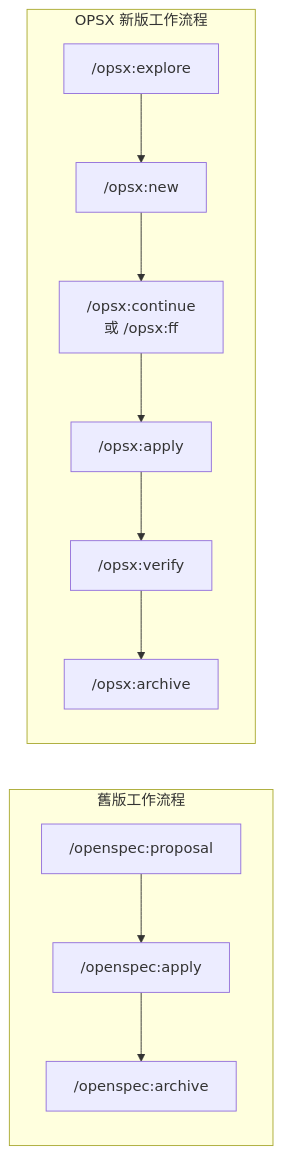
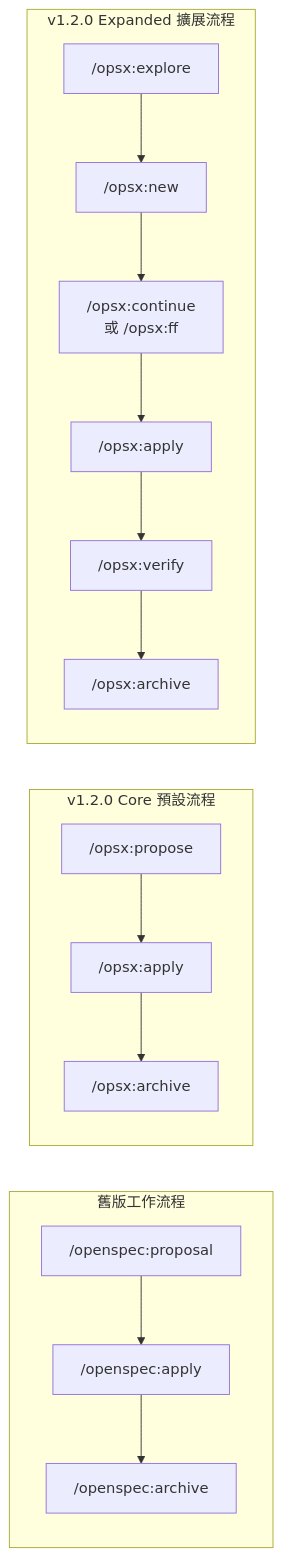
One commit to chihhung/Blog changed the seventh of 16 diagrams in content/posts/教學/AI開發/OpenSpec使用教學.md. Above: the diagram before and after it, drawn with Mermaid. The commit also changed other lines of this file and 1 other file, not shown here.

````diff
--- a/content/posts/教學/AI開發/OpenSpec使用教學.md
+++ b/content/posts/教學/AI開發/OpenSpec使用教學.md
@@ -1026,15 +1060,20 @@
 ```mermaid
 graph LR
     subgraph 舊版工作流程
         A1["/openspec:proposal"] --> A2["/openspec:apply"]
         A2 --> A3["/openspec:archive"]
     end
 
-    subgraph OPSX 新版工作流程
-        B1["/opsx:explore"] --> B2["/opsx:new"]
-        B2 --> B3["/opsx:continue<br/>或 /opsx:ff"]
-        B3 --> B4["/opsx:apply"]
-        B4 --> B5["/opsx:verify"]
-        B5 --> B6["/opsx:archive"]
+    subgraph "v1.2.0 Core 預設流程"
+        B1["/opsx:propose"] --> B2["/opsx:apply"]
+        B2 --> B3["/opsx:archive"]
+    end
+
+    subgraph "v1.2.0 Expanded 擴展流程"
+        C1["/opsx:explore"] --> C2["/opsx:new"]
+        C2 --> C3["/opsx:continue<br/>或 /opsx:ff"]
+        C3 --> C4["/opsx:apply"]
+        C4 --> C5["/opsx:verify"]
+        C5 --> C6["/opsx:archive"]
     end
 ```
````
